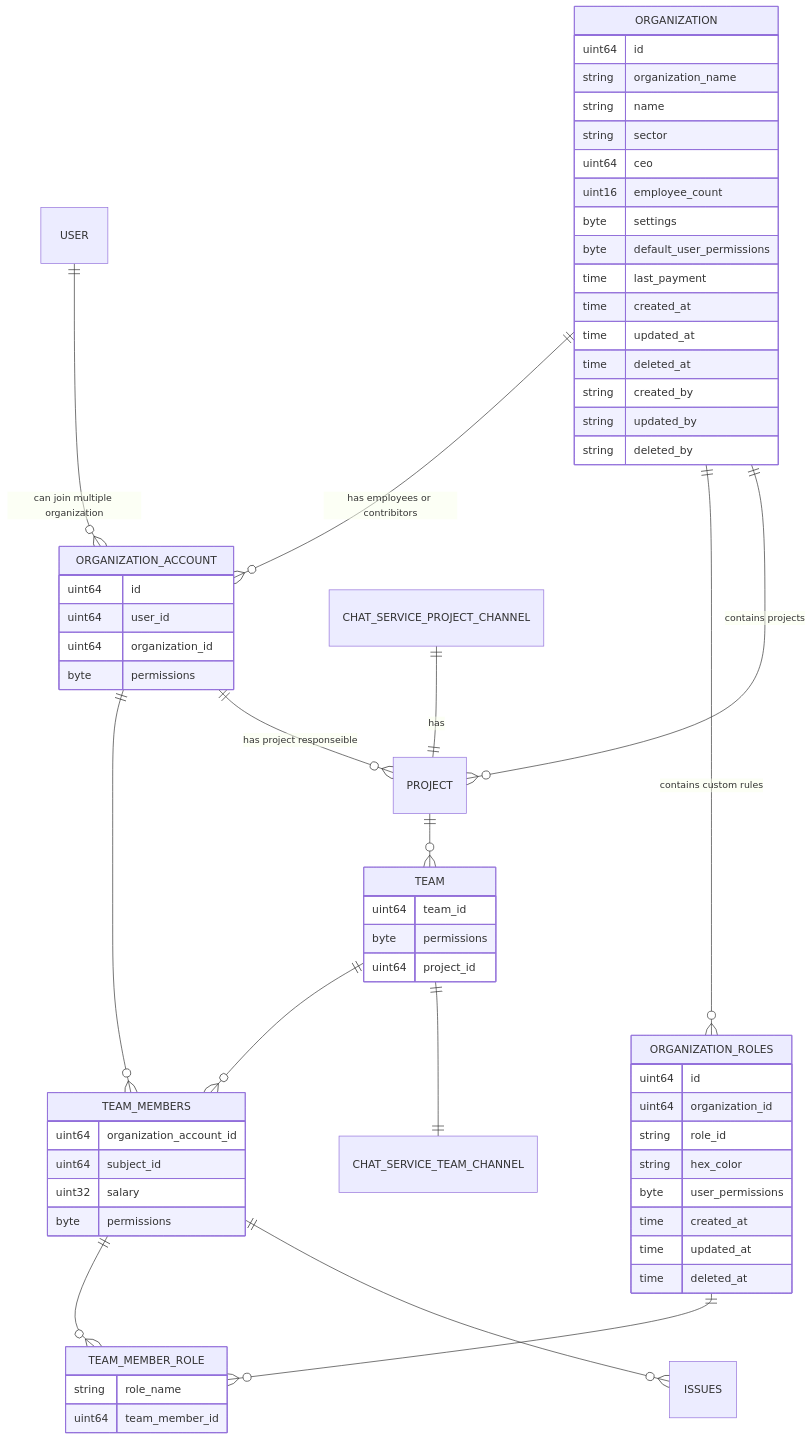
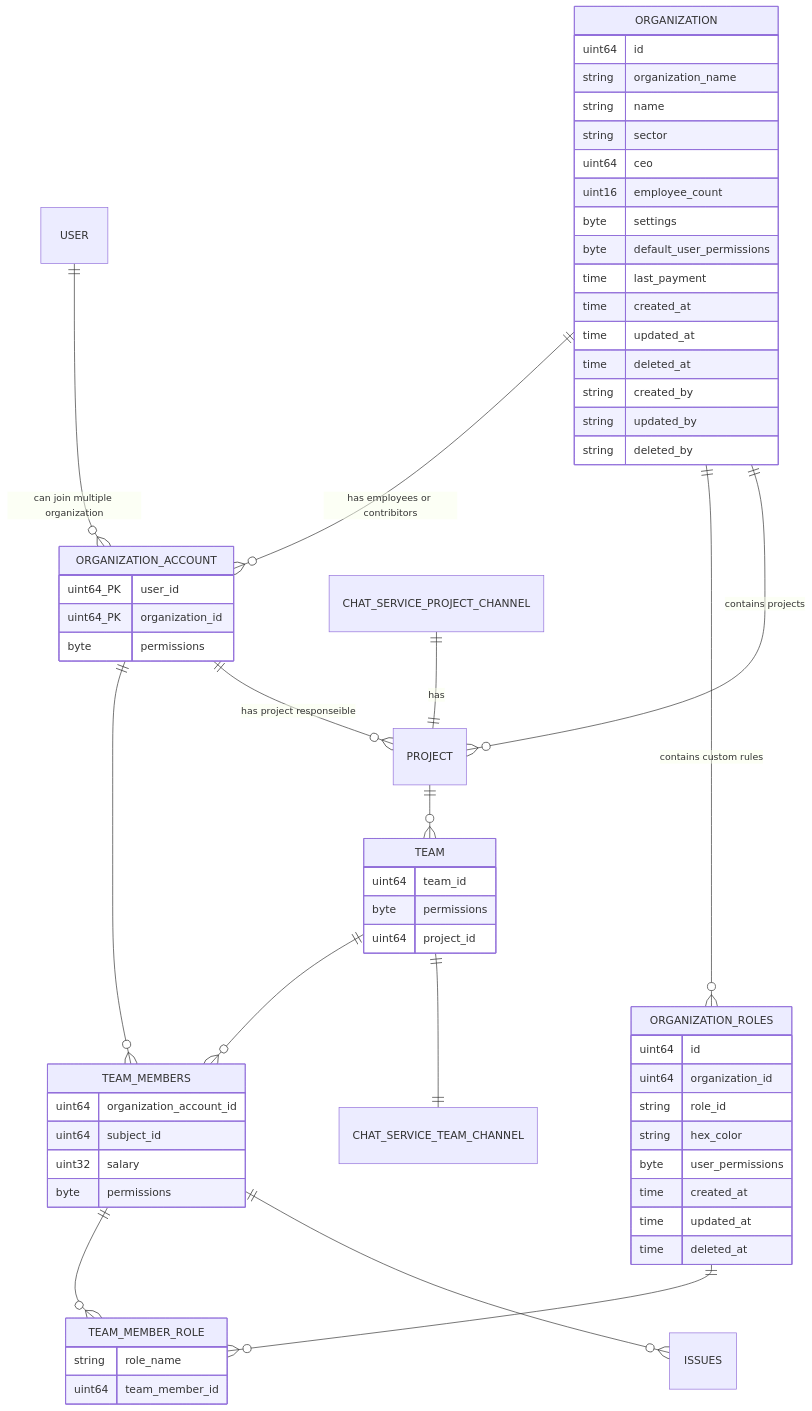
One commit to DEONSKY/ProjectManagementAppDoc changed the second of 3 diagrams in README.md. Above: the diagram before and after it, drawn with Mermaid. The commit also changed other lines of this file, not shown here.

````diff
--- a/README.md
+++ b/README.md
@@ -52,74 +52,73 @@
 ```mermaid
 erDiagram 
 ORGANIZATION_ACCOUNT 
 
 ORGANIZATION_ACCOUNT ||--o{ TEAM_MEMBERS  : ""
 TEAM ||--o{ TEAM_MEMBERS : ""
 
 TEAM_MEMBERS {
 uint64 organization_account_id
 uint64 subject_id
 uint32 salary
 byte permissions
 }
 
 TEAM {
 uint64 team_id
 byte permissions
 uint64 project_id
 }
 
 PROJECT ||--o{ TEAM : ""
 TEAM ||--|| CHAT_SERVICE_TEAM_CHANNEL: ""
 
 TEAM_MEMBER_ROLE {
 string role_name
 uint64 team_member_id
 }
 
 TEAM_MEMBERS ||--o{ TEAM_MEMBER_ROLE : ""
 TEAM_MEMBERS ||--o{ ISSUES : ""
 
 ORGANIZATION_ROLES ||--o{ TEAM_MEMBER_ROLE : ""
 ORGANIZATION  ||--o{  ORGANIZATION_ACCOUNT  : "has employees or contribitors"  
  ORGANIZATION  {  
  uint64 id
  string organization_name  
  string name 
  string sector  
  uint64 ceo
  uint16 employee_count
  byte settings
  byte default_user_permissions
  time last_payment
  time created_at
  time updated_at
  time deleted_at
  string created_by
  string updated_by
  string deleted_by
  
  }  
   ORGANIZATION ||--o{  ORGANIZATION_ROLES  : "contains custom rules" 
 ORGANIZATION_ROLES {
 uint64 id
 uint64 organization_id
 string role_id
 string hex_color
 byte user_permissions
 time created_at
 time updated_at
 time deleted_at
 
 }
  ORGANIZATION_ACCOUNT  {  
- uint64 id
- uint64 user_id  
- uint64 organization_id  
+ uint64_PK user_id  
+ uint64_PK organization_id  
  byte permissions
  }  
  ORGANIZATION ||--o{  PROJECT  : "contains projects"  
  ORGANIZATION_ACCOUNT ||--o{  PROJECT  : "has project responseible"  
  USER ||--o{  ORGANIZATION_ACCOUNT  : "can join multiple organization" 
  CHAT_SERVICE_PROJECT_CHANNEL ||--||  PROJECT  : "has" 
 ```
````
